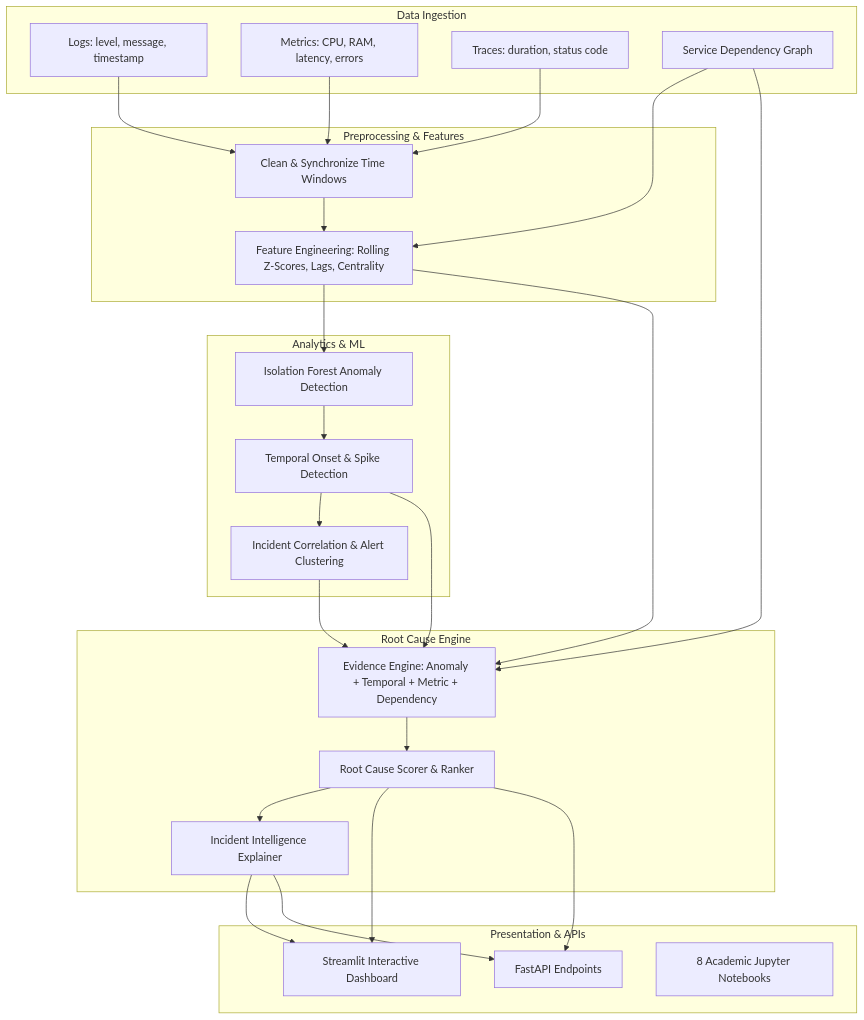
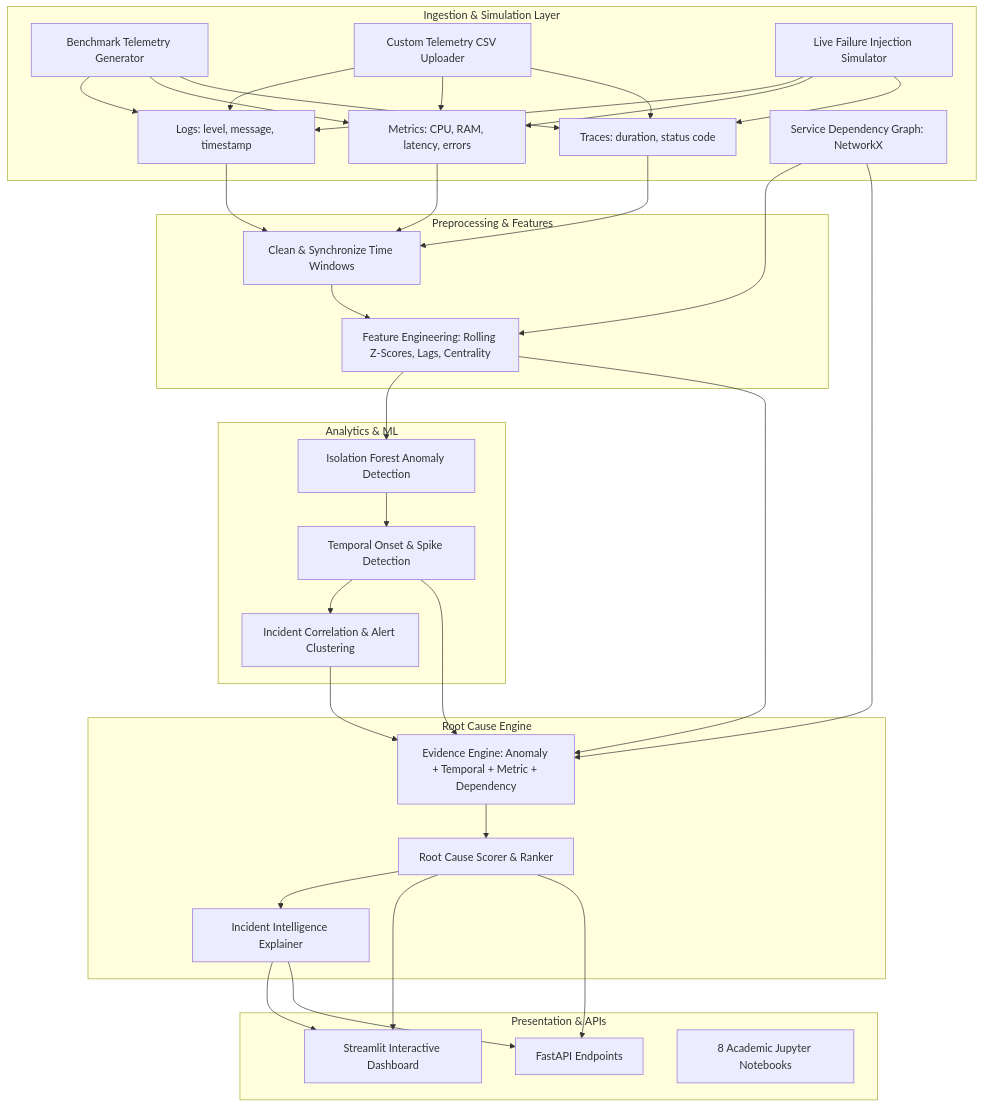
One commit to BijinVarghese/RootIQ-AI-Powered-Root-Cause-Analysis-and-Incident-Intelligence changed the diagram in README.md. Above: the diagram before and after it, drawn with Mermaid.

Commit message:
Update system architecture diagram to include CSV Ingestion and Live Simulator

````diff
--- a/README.md
+++ b/README.md
@@ -33,38 +33,42 @@
 ```mermaid
 flowchart TD
-    subgraph Data Ingestion
+    subgraph Ingestion & Simulation Layer
+        B[Benchmark Telemetry Generator]
+        U[Custom Telemetry CSV Uploader]
+        S[Live Failure Injection Simulator]
         L[Logs: level, message, timestamp]
         M[Metrics: CPU, RAM, latency, errors]
         T[Traces: duration, status code]
-        G[Service Dependency Graph]
+        G[Service Dependency Graph: NetworkX]
+        B & U & S --> L & M & T
     end
 
     subgraph Preprocessing & Features
         P[Clean & Synchronize Time Windows]
         F[Feature Engineering: Rolling Z-Scores, Lags, Centrality]
     end
 
     subgraph Analytics & ML
         IF[Isolation Forest Anomaly Detection]
         TS[Temporal Onset & Spike Detection]
         IC[Incident Correlation & Alert Clustering]
     end
 
     subgraph Root Cause Engine
         EE[Evidence Engine: Anomaly + Temporal + Metric + Dependency]
         RC[Root Cause Scorer & Ranker]
         EX[Incident Intelligence Explainer]
     end
 
     subgraph Presentation & APIs
         UI[Streamlit Interactive Dashboard]
         API[FastAPI Endpoints]
         NB[8 Academic Jupyter Notebooks]
     end
 
     L & M & T --> P --> F
     G --> F
     F --> IF --> TS --> IC
     IC & TS & G & F --> EE --> RC --> EX
     RC & EX --> UI & API
 ```
````
